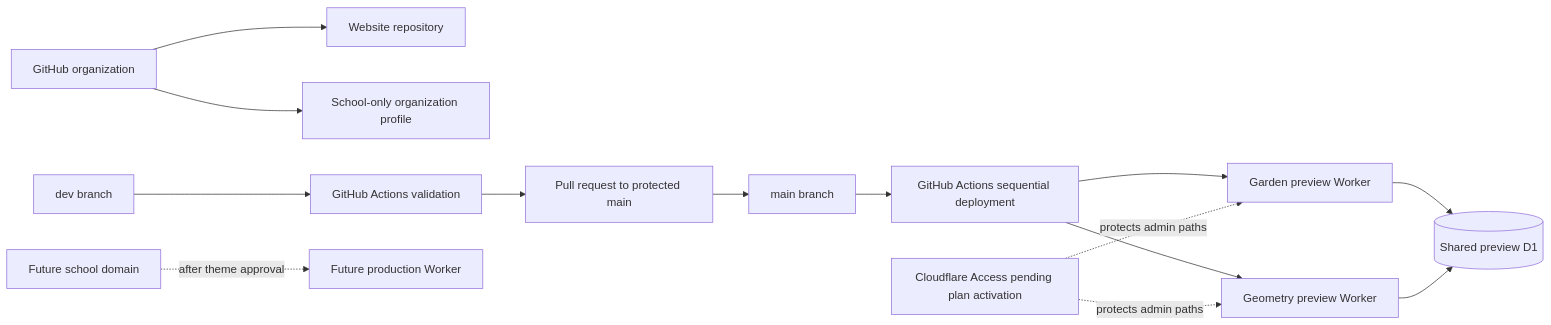
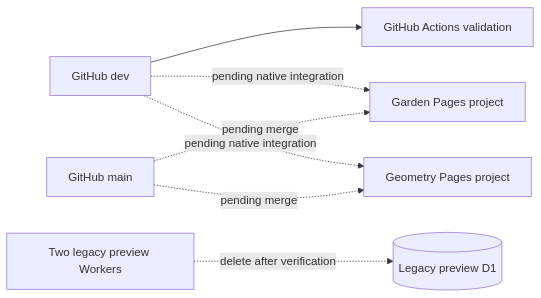
Before and after one commit to firststepmontessori/firststepmontessori: the diagram in docs/20-integrations-deployment-record.md, drawn with Mermaid. The commit also changed other lines of this file and 32 other files, not shown here.

Commit message:
docs(phase-4): document and validate static Pages architecture

````diff
--- a/docs/20-integrations-deployment-record.md
+++ b/docs/20-integrations-deployment-record.md
@@ -17,16 +10,9 @@
 ```mermaid
 flowchart LR
-    Org[GitHub organization] --> Repo[Website repository]
-    Org --> Profile[School-only organization profile]
-    Dev[dev branch] --> CI[GitHub Actions validation]
-    CI --> PR[Pull request to protected main]
-    PR --> Main[main branch]
-    Main --> Deploy[GitHub Actions sequential deployment]
-    Deploy --> Garden[Garden preview Worker]
-    Deploy --> Geometry[Geometry preview Worker]
-    Garden --> D1[(Shared preview D1)]
-    Geometry --> D1
-    Access[Cloudflare Access pending plan activation] -. protects admin paths .-> Garden
-    Access -. protects admin paths .-> Geometry
-    Domain[Future school domain] -. after theme approval .-> Production[Future production Worker]
+    Dev[GitHub dev] --> Validation[GitHub Actions validation]
+    Dev -. pending native integration .-> Garden[Garden Pages project]
+    Dev -. pending native integration .-> Geometry[Geometry Pages project]
+    Main[GitHub main] -. pending merge .-> Garden
+    Main -. pending merge .-> Geometry
+    LegacyWorkers[Two legacy preview Workers] -. delete after verification .-> LegacyD1[(Legacy preview D1)]
 ```
````
